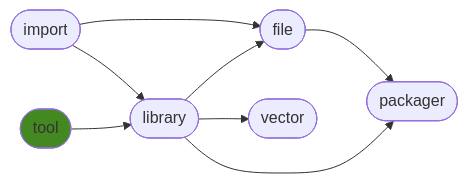
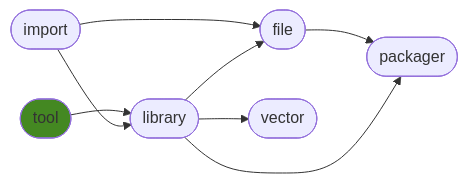
One commit to ManderaGeneral/generaltool changed the diagram in README.md. Above: the diagram before and after it, drawn with Mermaid. The commit also changed other lines of this file, not shown here.

````diff
--- a/README.md
+++ b/README.md
@@ -23,17 +23,17 @@
 ```mermaid
 flowchart LR
+1([tool]) --> 2([library])
+2([library]) --> 4([vector])
 3([file]) --> 5([packager])
 0([import]) --> 3([file])
+0([import]) --> 2([library])
+2([library]) --> 5([packager])
 2([library]) --> 3([file])
-2([library]) --> 4([vector])
-2([library]) --> 5([packager])
-1([tool]) --> 2([library])
-0([import]) --> 2([library])
 click 0 "https://github.com/ManderaGeneral/generalimport"
 click 1 "https://github.com/ManderaGeneral/generaltool"
 click 2 "https://github.com/ManderaGeneral/generallibrary"
 click 3 "https://github.com/ManderaGeneral/generalfile"
 click 4 "https://github.com/ManderaGeneral/generalvector"
 click 5 "https://github.com/ManderaGeneral/generalpackager"
 style 1 fill:#482
 ```
````
